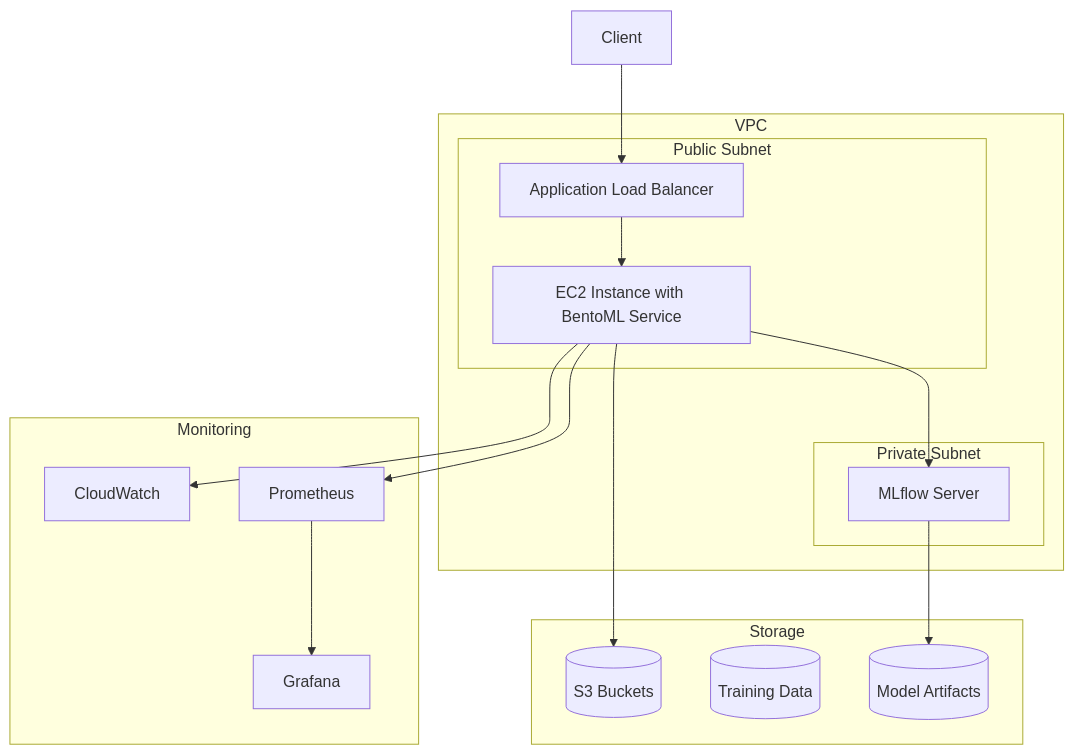
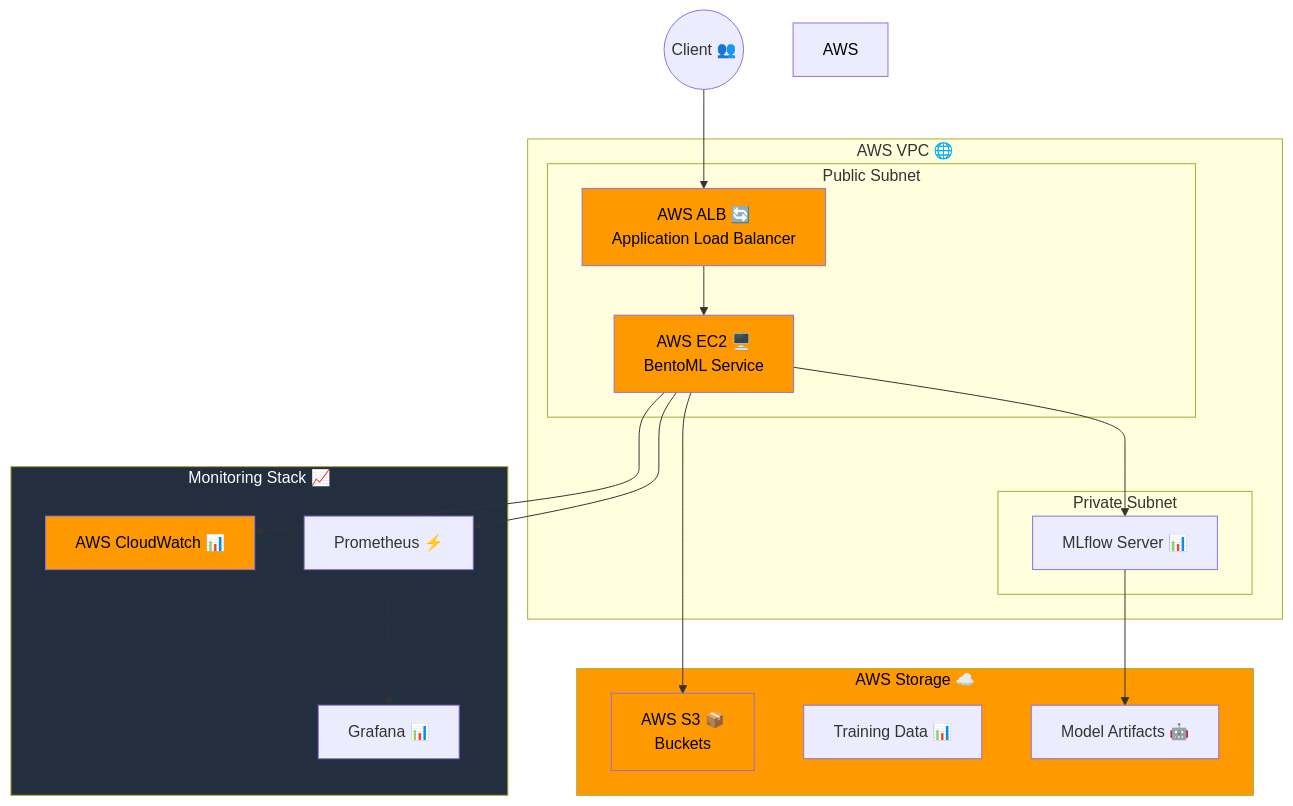
One commit to uma1r111/MLOps-ENERGY-Project changed the diagram in README.md. Above: the diagram before and after it, drawn with Mermaid. The commit also changed other lines of this file, not shown here.

Commit message:
read me file updated

````diff
--- a/README.md
+++ b/README.md
@@ -101,34 +101,42 @@
 ```mermaid
 graph TB
-    subgraph VPC
+    subgraph AWS VPC["AWS VPC 🌐"]
         subgraph Public Subnet
-            ALB[Application Load Balancer]
-            EC2[EC2 Instance with BentoML Service]
+            ALB["AWS ALB 🔄<br/>Application Load Balancer"]
+            EC2["AWS EC2 🖥️<br/>BentoML Service"]
         end
         
         subgraph Private Subnet
-            MLflow[MLflow Server]
+            MLflow["MLflow Server 📊"]
         end
     end
     
-    subgraph Storage
-        S3[(S3 Buckets)]
-        S3_Data[(Training Data)]
-        S3_Models[(Model Artifacts)]
+    subgraph Storage["AWS Storage ☁️"]
+        S3["AWS S3 📦<br/>Buckets"]
+        S3_Data["Training Data 📊"]
+        S3_Models["Model Artifacts 🤖"]
     end
     
-    subgraph Monitoring
-        CW[CloudWatch]
-        Prom[Prometheus]
-        Graf[Grafana]
+    subgraph Monitoring["Monitoring Stack 📈"]
+        CW["AWS CloudWatch 📊"]
+        Prom["Prometheus ⚡"]
+        Graf["Grafana 📊"]
     end
     
-    Client-->ALB
+    Client(("Client 👥"))-->ALB
     ALB-->EC2
     EC2-->S3
     EC2-->MLflow
     EC2-->CW
     MLflow-->S3_Models
     EC2-->Prom
     Prom-->Graf
+
+    style AWS VPC fill:#FF9900,color:#000
+    style Storage fill:#FF9900,color:#000
+    style Monitoring fill:#232F3E,color:#fff
+    style EC2 fill:#FF9900,color:#000
+    style S3 fill:#FF9900,color:#000
+    style CW fill:#FF9900,color:#000
+    style ALB fill:#FF9900,color:#000
 ```
````
